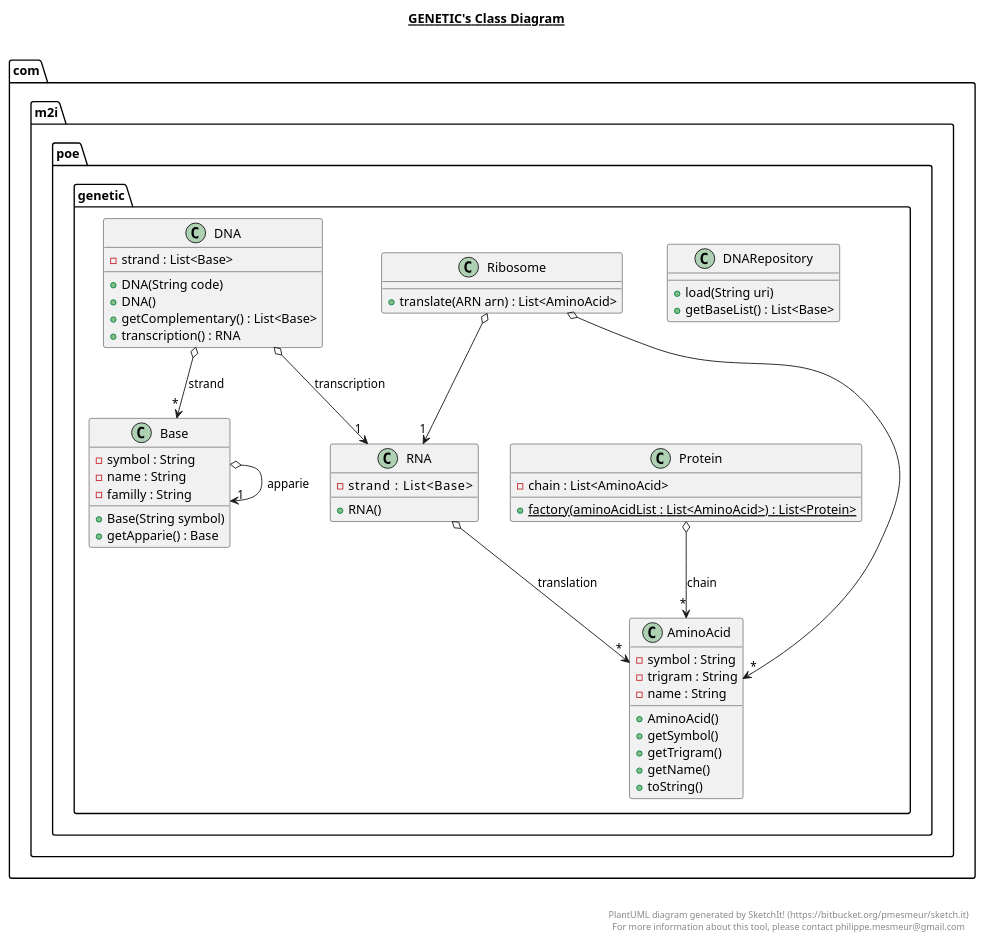
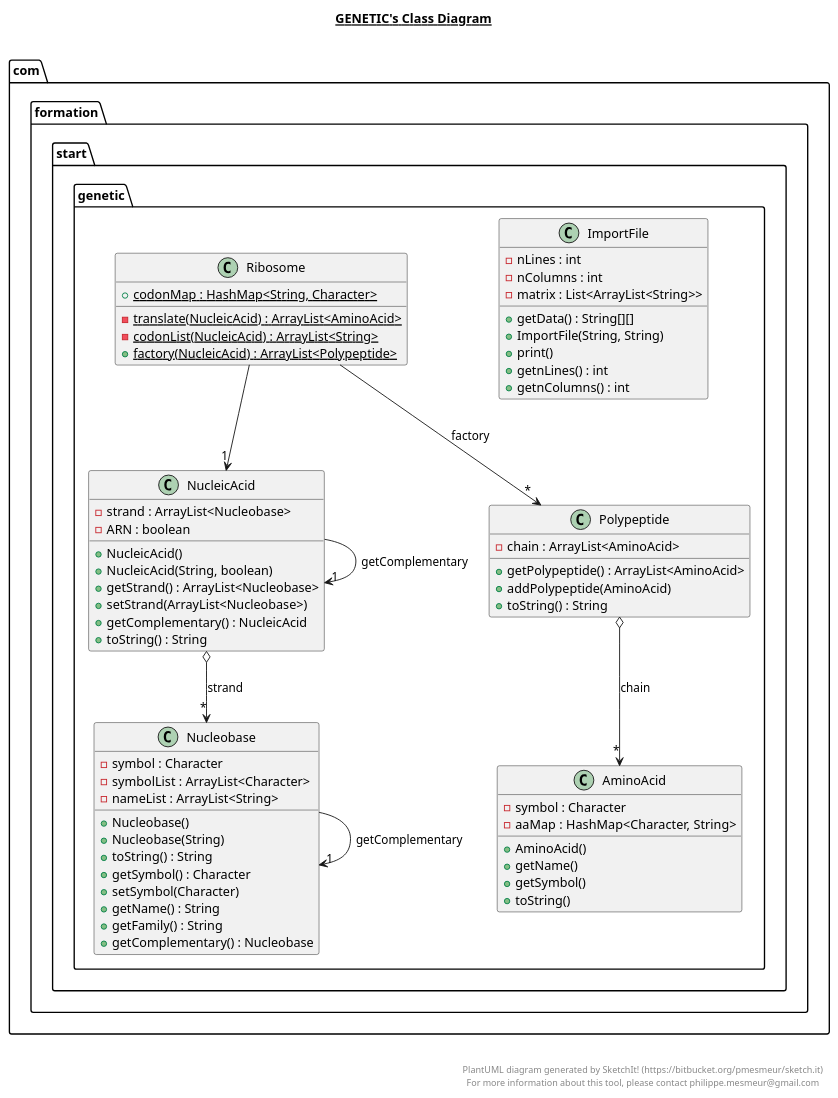
The diagram in src/com/formation/start/genetic/genetic.plantuml (vitaliakhokhlova/POE_Java), drawn with PlantUML before and after one commit. The commit also changed 7 other files, not shown here.

```diff
--- a/src/com/formation/start/genetic/genetic.plantuml
+++ b/src/com/formation/start/genetic/genetic.plantuml
@@ -1,100 +1,112 @@
 @startuml
 
 title __GENETIC's Class Diagram__\n
 
-  package com.m2i.poe {
-      package com.m2i.poe.genetic {
-        class DNARepository {
-            + load(String uri)
-            + getBaseList() : List<Base>
-        }
-      }
-    }
-
-  package com.m2i.poe {
-    package com.m2i.poe.genetic {
-      class RNA {
-          - strand :     List<Base>
-          + RNA()
-      }
-    }
-  }
-
-  package com.m2i.poe {
-      package com.m2i.poe.genetic {
-        class Ribosome {
-            + translate(ARN arn) : List<AminoAcid>
-        }
-      }
-    }
-
-
-  package com.m2i.poe {
-    package com.m2i.poe.genetic {
+  package com.formation.start {
+    package com.formation.start.genetic {
       class AminoAcid {
-          - symbol : String
-          - trigram : String
-          - name : String
+          - symbol : Character
+          - aaMap : HashMap<Character, String>
           + AminoAcid()
+          + getName()
           + getSymbol()
-          + getTrigram()
-          + getName()
           + toString()
       }
     }
   }
+  
 
-  package com.m2i.poe {
-      package com.m2i.poe.genetic {
-        class Protein {
-            - chain : List<AminoAcid>
-            + {static} factory(aminoAcidList : List<AminoAcid>) : List<Protein>
-        }
-      }
-    }
-
-
-  package com.m2i.poe {
-    package com.m2i.poe.genetic {
-      class Base {
-          - symbol : String
-          - name : String
-          - familly : String
-          + Base(String symbol)
-          + getApparie() : Base
+  package com.formation.start {
+    package com.formation.start.genetic {
+      class ImportFile {
+          - nLines : int
+          - nColumns : int
+          - matrix : List<ArrayList<String>>
+          + getData() : String[][]
+          + ImportFile(String, String)
+          + print()
+          + getnLines() : int
+          + getnColumns() : int
       }
     }
   }
 
 
-  package com.m2i.poe {
-    package com.m2i.poe.genetic {
-      class DNA {
-          - strand : List<Base>
-          + DNA(String code)
-          + DNA()
-          + getComplementary() : List<Base>
-          + transcription() : RNA
+  package com.formation.start {
+    package com.formation.start.genetic {
+      class NucleicAcid {
+          - strand : ArrayList<Nucleobase>
+          - ARN : boolean
+          + NucleicAcid()
+          + NucleicAcid(String, boolean)
+          + getStrand() : ArrayList<Nucleobase>
+          + setStrand(ArrayList<Nucleobase>)
+          + getComplementary() : NucleicAcid
+          + toString() : String
       }
     }
   }
 
-  Base o--> "1" Base : apparie
-  DNA o--> "*" Base : strand
-  DNA o--> "1" RNA : transcription
-  RNA o--> "*" AminoAcid : translation
-  Protein o--> "*" AminoAcid : chain
-  Ribosome o--> "1" RNA
-  Ribosome o--> "*" AminoAcid
 
+  package com.formation.start {
+    package com.formation.start.genetic {
+      class Nucleobase {
+          - symbol : Character
+          - symbolList : ArrayList<Character>
+          - nameList : ArrayList<String>
+          + Nucleobase()
+          + Nucleobase(String)
+          + toString() : String
+          + getSymbol() : Character
+          + setSymbol(Character)
+          + getName() : String
+          + getFamily() : String
+          + getComplementary() : Nucleobase
+      }
+    }
+  }
+
+
+  package com.formation.start {
+    package com.formation.start.genetic {
+      class Polypeptide {
+          - chain : ArrayList<AminoAcid>
+          + getPolypeptide() : ArrayList<AminoAcid>
+          + addPolypeptide(AminoAcid)
+          + toString() : String
+      }
+    }
+  }
+
+
+  package com.formation.start {
+    package com.formation.start.genetic {
+      class Ribosome {
+          {static} + codonMap : HashMap<String, Character>
+          {static} - translate(NucleicAcid) : ArrayList<AminoAcid>
+          {static} - codonList(NucleicAcid) : ArrayList<String>
+          {static} + factory(NucleicAcid) : ArrayList<Polypeptide>
+      }
+    }
+  }
+
+
+  Nucleobase --> "1" Nucleobase : getComplementary
+  NucleicAcid --> "1" NucleicAcid : getComplementary
+  NucleicAcid o--> "*" Nucleobase : strand
+
+
+  Polypeptide o--> "*" AminoAcid : chain
+  Ribosome --> "1" NucleicAcid
+  Ribosome --> "*" Polypeptide : factory
 
 
 
 right footer
 
 
 PlantUML diagram generated by SketchIt! (https://bitbucket.org/pmesmeur/sketch.it)
 For more information about this tool, please contact philippe.mesmeur@gmail.com
 endfooter
 
 @enduml
```
